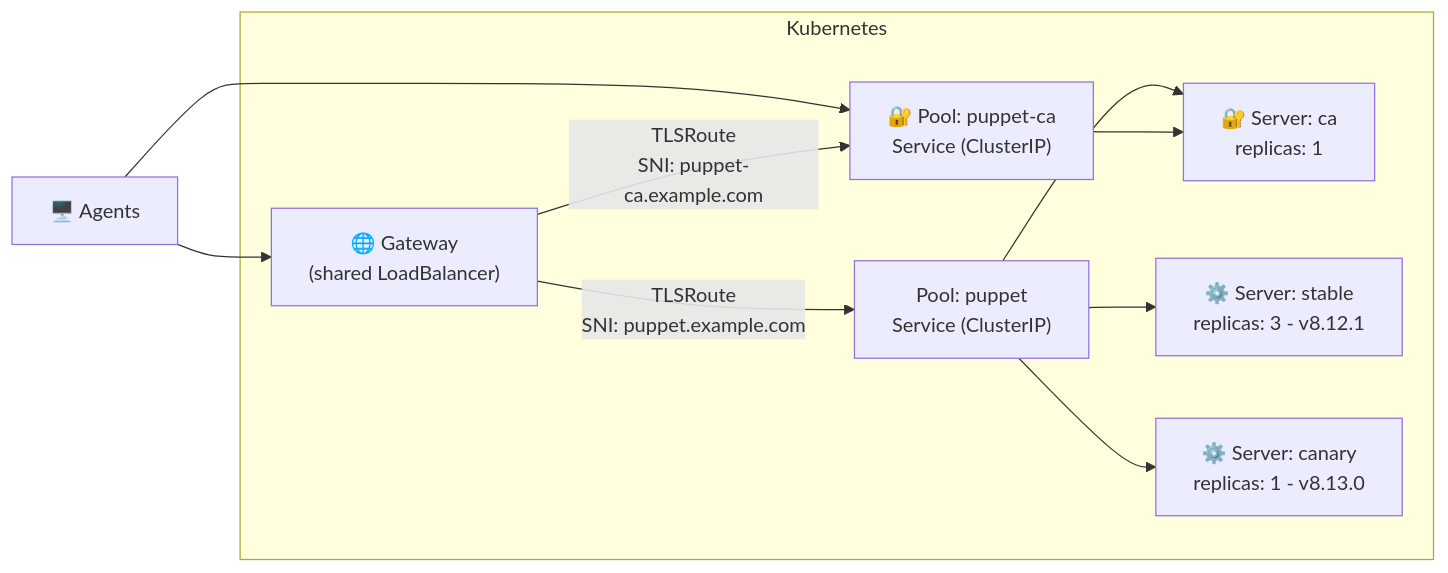
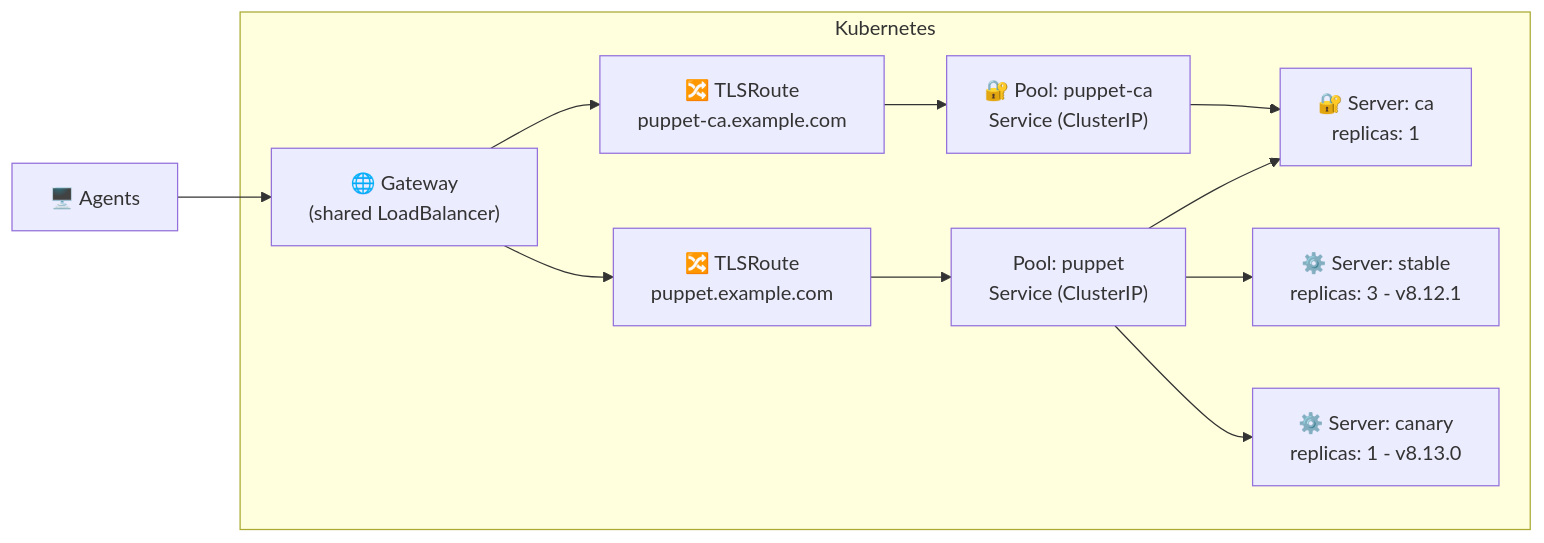
One commit to mathildabot/openvox-operator changed the third of 3 diagrams in README.md. Above: the diagram before and after it, drawn with Mermaid. The commit also changed other lines of this file and 1 other file, not shown here.

First line of the commit message:
docs: improve README and index with architecture description, traffic flow variants

````diff
--- a/README.md
+++ b/README.md
@@ -57,19 +82,19 @@
 ```mermaid
 graph LR
     Agent["🖥️ Agents"] --> GW
-    Agent --> CA_SVC
 
     subgraph Kubernetes
         GW["🌐 Gateway<br/>(shared LoadBalancer)"]
-        CA_SVC["🔐 Pool: puppet-ca<br/>Service (ClusterIP)"]
 
-        GW -->|"TLSRoute<br/>SNI: puppet.example.com"| LB["Pool: puppet<br/>Service (ClusterIP)"]
-        GW -->|"TLSRoute<br/>SNI: puppet-ca.example.com"| CA_SVC
+        GW --> TR1["🔀 TLSRoute<br/>puppet.example.com"]
+        GW --> TR2["🔀 TLSRoute<br/>puppet-ca.example.com"]
+        TR1 --> LB["Pool: puppet<br/>Service (ClusterIP)"]
+        TR2 --> CA_SVC["🔐 Pool: puppet-ca<br/>Service (ClusterIP)"]
 
         LB --> CA["🔐 Server: ca<br/>replicas: 1"]
         LB --> Stable["⚙️ Server: stable<br/>replicas: 3 - v8.12.1"]
         LB --> Canary["⚙️ Server: canary<br/>replicas: 1 - v8.13.0"]
 
         CA_SVC --> CA
     end
 ```
````
